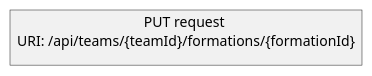
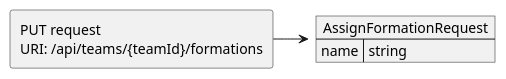
The diagram in docs/JSON Contracts/Requests/AssignFormation.puml (JKMN-Projects/TeamTactics), drawn with PlantUML before and after one commit. The commit also changed 7 other files, not shown here.

Commit message:
Added assign formation endpoint

```diff
--- a/docs/JSON Contracts/Requests/AssignFormation.puml
+++ b/docs/JSON Contracts/Requests/AssignFormation.puml
@@ -1,8 +1,10 @@
 @startuml Assign formation request
 allowmixing
 
-json "PUT request \nURI: /api/teams/{teamId}/formations/{formationId}" as setTeamCaptainRequest {
-    
-}
+agent "PUT request \nURI: /api/teams/{teamId}/formations"
+    json "AssignFormationRequest" as J {
+        "name": "string"
+    }
 
+"PUT request \nURI: /api/teams/{teamId}/formations" -> J 
 @enduml
```
